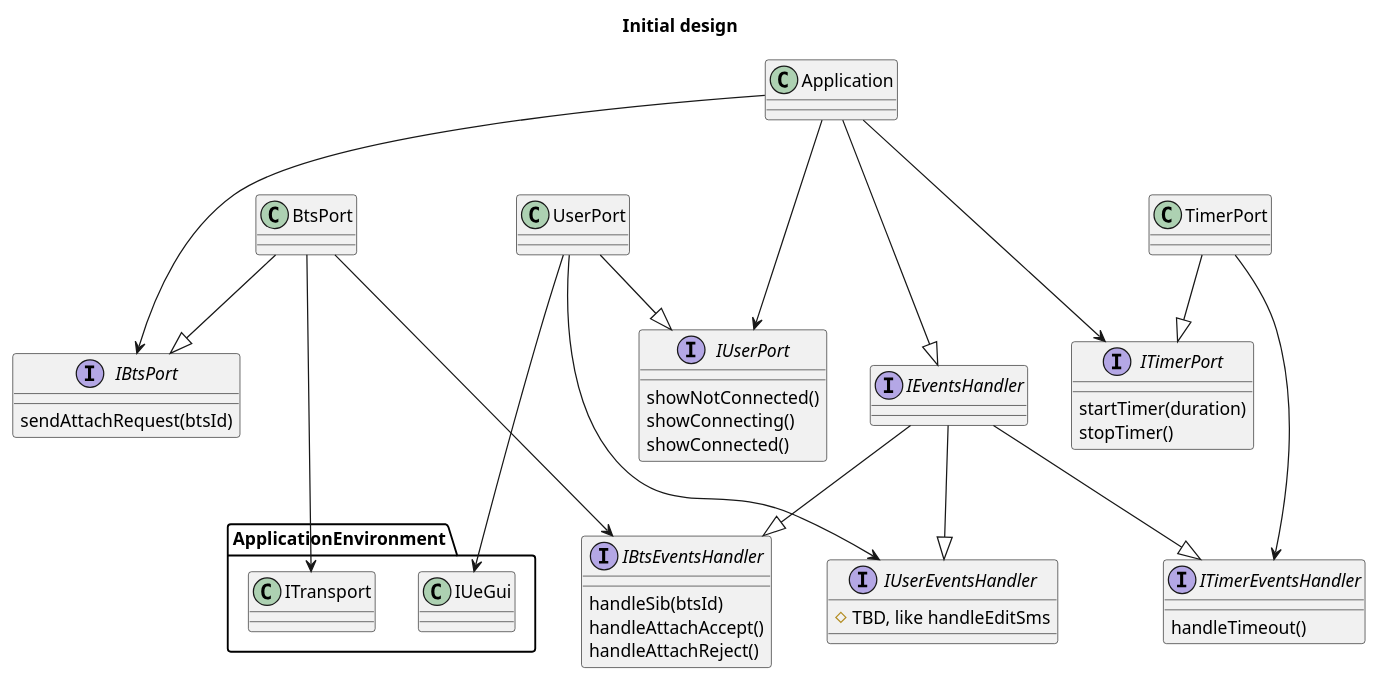
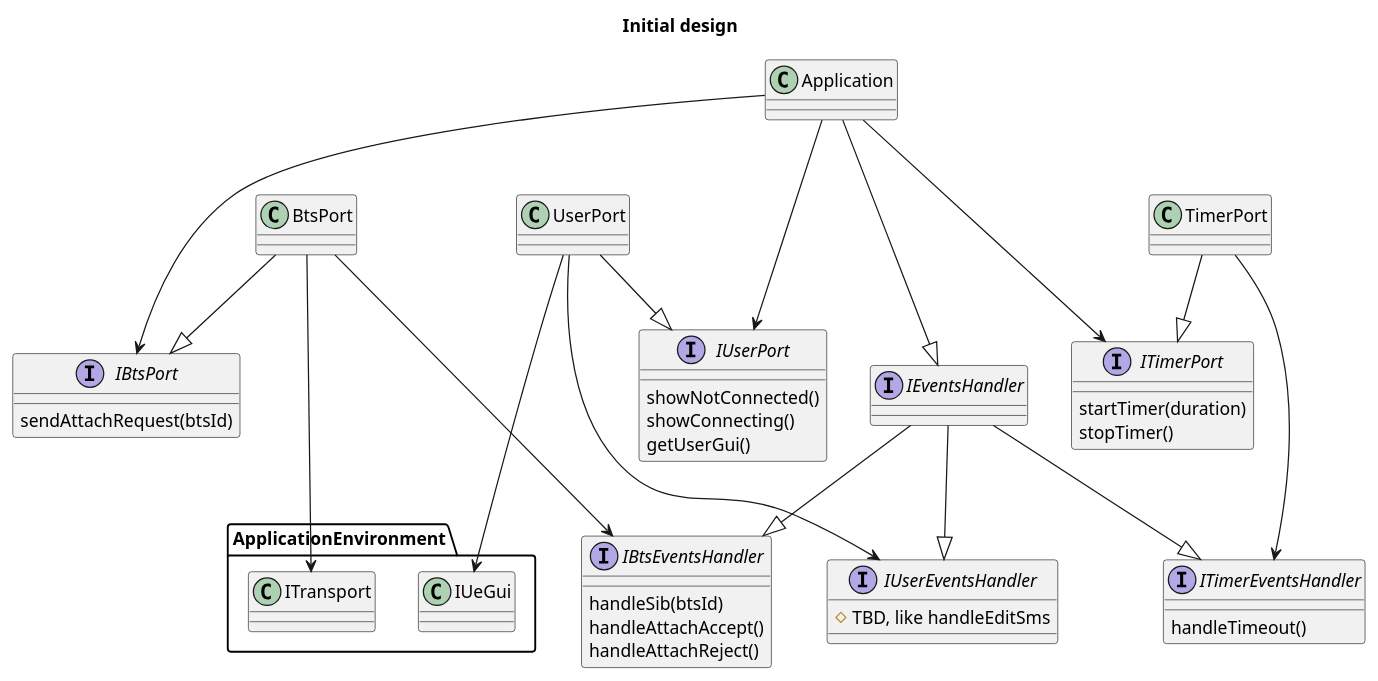
One commit to pgum/Nokia-PK-2022 changed the diagram in docs/InitialPortsDesign.plantuml. Above: the diagram before and after it, drawn with PlantUML. The commit also changed 13 other files, not shown here.

Commit message:
refactore UserPort(Gui)<->ConnectedState interaction

```diff
--- a/docs/InitialPortsDesign.plantuml
+++ b/docs/InitialPortsDesign.plantuml
@@ -1,58 +1,58 @@
 @startuml
 title Initial design
 
 package ApplicationEnvironment {
 class ITransport
 class IUeGui
 }
 
 interface IBtsEventsHandler {
     handleSib(btsId)
     handleAttachAccept()
     handleAttachReject()
 }
 interface IBtsPort {
  sendAttachRequest(btsId)
 }
 class BtsPort
 BtsPort --|> IBtsPort
 BtsPort ---> IBtsEventsHandler 
 BtsPort ---> ITransport
 
 
 interface ITimerPort {
  startTimer(duration)
  stopTimer()
 }
 interface ITimerEventsHandler {
   handleTimeout()
 }
 class TimerPort
 TimerPort --|> ITimerPort
 TimerPort ---> ITimerEventsHandler 
 
 
 interface IUserPort {
  showNotConnected()
  showConnecting()
- showConnected()
+ getUserGui()
 }
 interface IUserEventsHandler {
   # TBD, like handleEditSms
 }
 class UserPort
 UserPort --|> IUserPort
 UserPort ---> IUserEventsHandler
 UserPort ---> IUeGui
 
 interface IEventsHandler
 IEventsHandler --|> IBtsEventsHandler
 IEventsHandler --|> ITimerEventsHandler
 IEventsHandler --|> IUserEventsHandler
 
 class Application
 Application --|> IEventsHandler 
 Application ---> IBtsPort
 Application ---> ITimerPort
 Application ---> IUserPort
 @enduml
```
